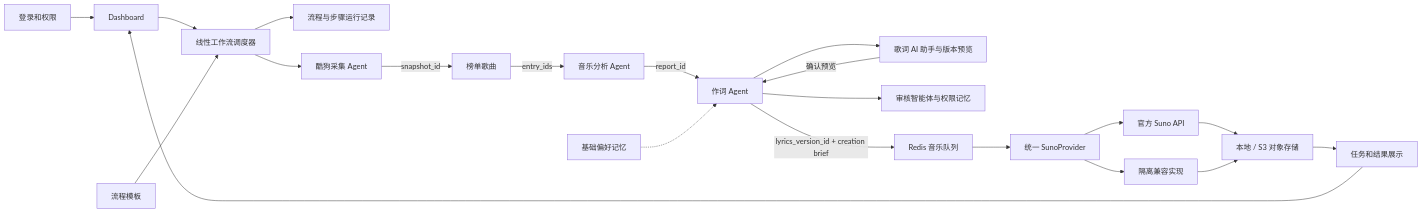
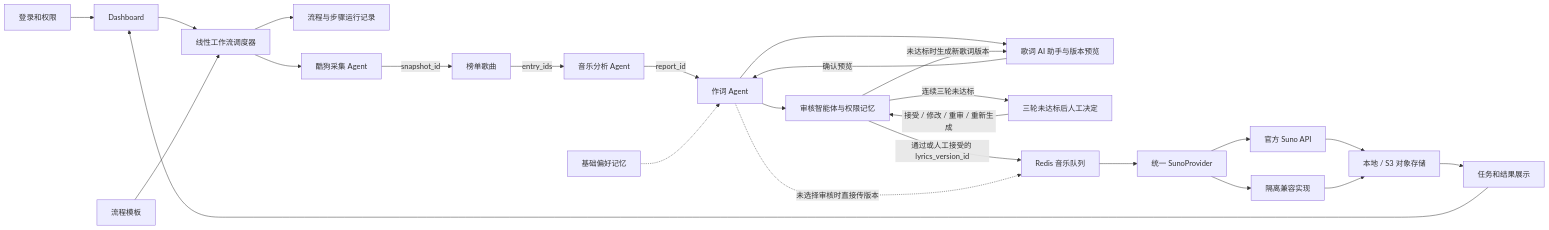
The tenth of 10 diagrams in projects/blue-music-platform/项目知识图谱.md (sunjiaxing520/SunJX), drawn with Mermaid before and after one commit. The commit also changed other lines of this file and 19 other files, not shown here.

````diff
--- a/projects/blue-music-platform/项目知识图谱.md
+++ b/projects/blue-music-platform/项目知识图谱.md
@@ -237,41 +237,46 @@
 ```mermaid
 flowchart LR
     Login["登录和权限"]
     Dashboard["Dashboard"]
     Workflow["线性工作流调度器"]
     Template["流程模板"]
     Run["流程与步骤运行记录"]
     Crawler["酷狗采集 Agent"]
     Songs["榜单歌曲"]
     Analysis["音乐分析 Agent"]
     Lyrics["作词 Agent"]
     LyricsAssistant["歌词 AI 助手与版本预览"]
     ReviewAgent["审核智能体与权限记忆"]
+    ReviewPause["三轮未达标后人工决定"]
     Memory["基础偏好记忆"]
     MusicQueue["Redis 音乐队列"]
     MusicProvider["统一 SunoProvider"]
     Official["官方 Suno API"]
     Compat["隔离兼容实现"]
     Storage["本地 / S3 对象存储"]
     Results["任务和结果展示"]
 
     Login --> Dashboard
     Dashboard --> Workflow
     Template --> Workflow --> Run
     Workflow --> Crawler
     Crawler -->|snapshot_id| Songs
     Songs -->|entry_ids| Analysis
     Analysis -->|report_id| Lyrics
     Memory -.-> Lyrics
     Lyrics --> LyricsAssistant
     LyricsAssistant -->|确认预览| Lyrics
     Lyrics --> ReviewAgent
-    Lyrics -->|lyrics_version_id + creation brief| MusicQueue
+    ReviewAgent -->|未达标时生成新歌词版本| LyricsAssistant
+    ReviewAgent -->|连续三轮未达标| ReviewPause
+    ReviewPause -->|接受 / 修改 / 重审 / 重新生成| ReviewAgent
+    ReviewAgent -->|通过或人工接受的 lyrics_version_id| MusicQueue
+    Lyrics -.->|未选择审核时直接传版本| MusicQueue
     MusicQueue --> MusicProvider
     MusicProvider --> Official
     MusicProvider --> Compat
     Official --> Storage
     Compat --> Storage
     Storage --> Results
     Results --> Dashboard
 ```
````
